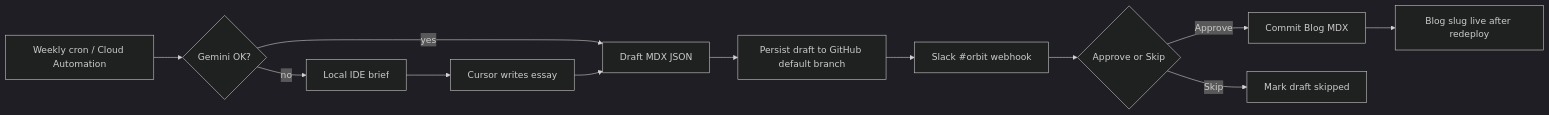
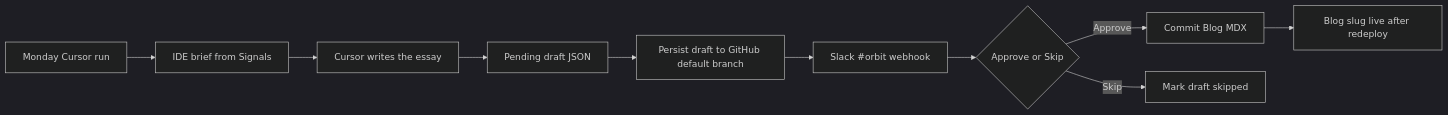
One commit to AlexTouvras/Orbit changed the diagram in docs/architecture/weekly-write-pipeline.md. Above: the diagram before and after it, drawn with Mermaid (dark theme). The commit also changed other lines of this file and 17 other files, not shown here.

First line of the commit message:
Drop the Gemini weekly draft and keep one essay bar.

````diff
--- a/docs/architecture/weekly-write-pipeline.md
+++ b/docs/architecture/weekly-write-pipeline.md
@@ -5,14 +5,12 @@
 ```mermaid
 flowchart LR
-  cron[Weekly cron / Cloud Automation] --> gemini{Gemini OK?}
-  gemini -->|yes| draft[Draft MDX JSON]
-  gemini -->|no| ideBrief[Local IDE brief]
-  ideBrief --> cursor[Cursor writes essay]
-  cursor --> draft
+  cron[Monday Cursor run] --> brief[IDE brief from Signals]
+  brief --> cursor[Cursor writes the essay]
+  cursor --> draft[Pending draft JSON]
   draft --> sync[Persist draft to GitHub default branch]
   sync --> slack[Slack #orbit webhook]
   slack --> you{Approve or Skip}
   you -->|Approve| publish[Commit Blog MDX]
   you -->|Skip| discard[Mark draft skipped]
   publish --> site[Blog slug live after redeploy]
 ```
````
